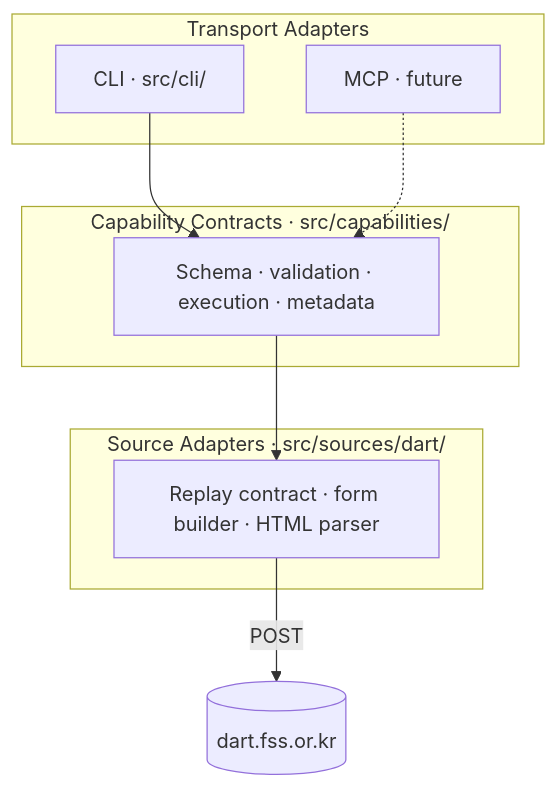
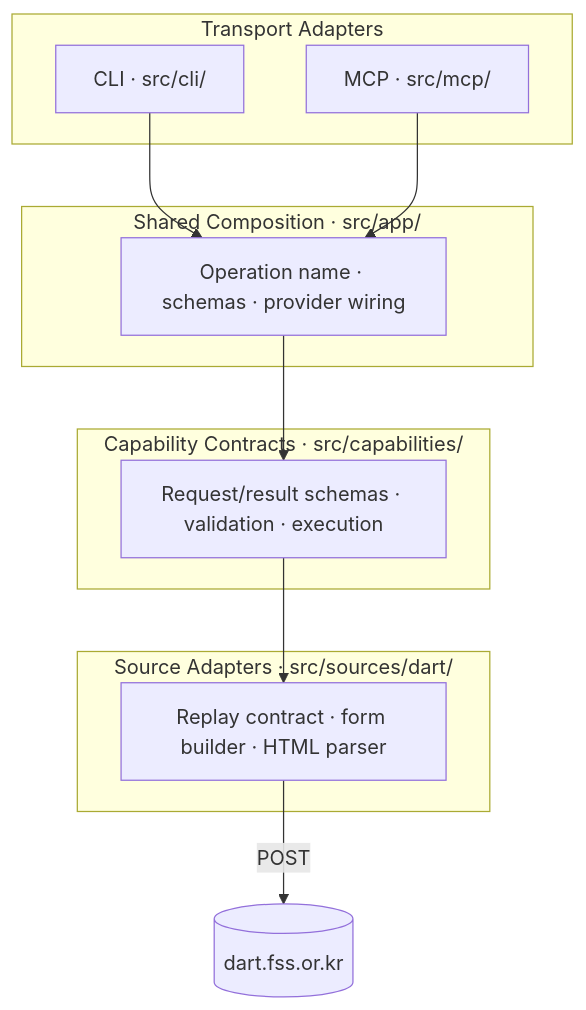
One commit to cpaikr/darty changed the first of 6 diagrams in src/ARCHITECTURE.md. Above: the diagram before and after it, drawn with Mermaid. The commit also changed other lines of this file and 15 other files, not shown here.

Commit message:
Refactor contents-search for CLI and MCP

````diff
--- a/src/ARCHITECTURE.md
+++ b/src/ARCHITECTURE.md
@@ -25,20 +23,25 @@
 ```mermaid
 graph TD
     subgraph Transport["Transport Adapters"]
         CLI["CLI · src/cli/"]
-        MCP["MCP · future"]
+        MCP["MCP · src/mcp/"]
+    end
+
+    subgraph App["Shared Composition · src/app/"]
+        APP["Operation name · schemas · provider wiring"]
     end
 
     subgraph Cap["Capability Contracts · src/capabilities/"]
-        CAP["Schema · validation · execution · metadata"]
+        CAP["Request/result schemas · validation · execution"]
     end
 
     subgraph Src["Source Adapters · src/sources/dart/"]
         SRC["Replay contract · form builder · HTML parser"]
     end
 
-    CLI --> CAP
-    MCP -.-> CAP
+    CLI --> APP
+    MCP --> APP
+    APP --> CAP
     CAP --> SRC
     SRC -->|POST| DART[("dart.fss.or.kr")]
 ```
````
